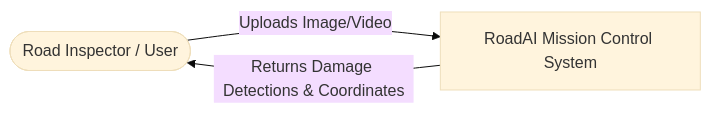
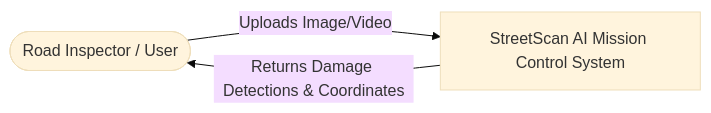
The third of 8 diagrams in system_design.md (SuilYun/StreetAI), drawn with Mermaid (base theme) before and after one commit. The commit also changed other lines of this file and 4 other files, not shown here.

Commit message:
Rebrand app to StreetScan AI and add modern animated road scanning SVG logo

````diff
--- a/system_design.md
+++ b/system_design.md
@@ -85,5 +85,5 @@
 ```mermaid
 graph LR
-    User([Road Inspector / User]) -->|Uploads Image/Video| RoadAI[RoadAI Mission Control System]
+    User([Road Inspector / User]) -->|Uploads Image/Video| RoadAI[StreetScan AI Mission Control System]
     RoadAI -->|Returns Damage Detections & Coordinates| User
 ```
````
